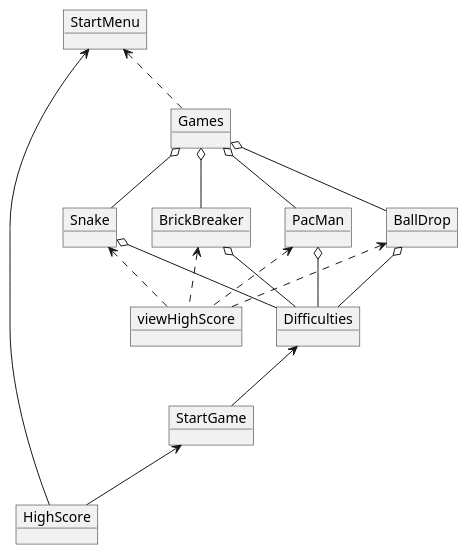
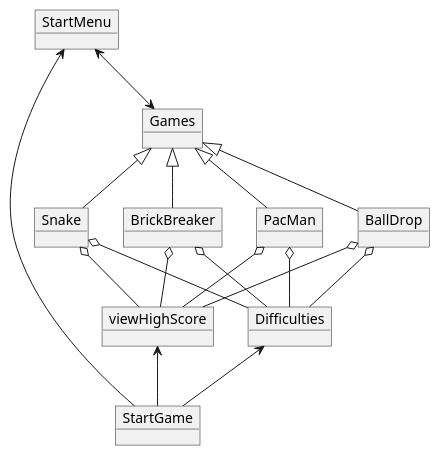
The diagram in doc/Plan/domainmodel.puml (RikkeMariussen/ICE-opgave), drawn with PlantUML before and after one commit.

Commit message:
Rettet pilenes udseende og hvor de peger hen

```diff
--- a/doc/Plan/domainmodel.puml
+++ b/doc/Plan/domainmodel.puml
@@ -1,38 +1,36 @@
 @startuml
 object StartMenu
 object Games
 object Snake
 object BrickBreaker
 object PacMan
 object BallDrop
 object Difficulties
 object StartGame
-object HighScore
 object viewHighScore
 
-StartMenu <.. Games
+StartMenu <--> Games
 
-Games o-- Snake
-Games o-- BrickBreaker
-Games o-- PacMan
-Games o-- BallDrop
+Games <|-- Snake
+Games <|-- BrickBreaker
+Games <|-- PacMan
+Games <|-- BallDrop
 
 BallDrop o-- Difficulties
 Snake o-- Difficulties
 BrickBreaker o-- Difficulties
 PacMan o-- Difficulties
 
-BallDrop <.. viewHighScore
-Snake <.. viewHighScore
-BrickBreaker <.. viewHighScore
-PacMan <.. viewHighScore
+BallDrop o-- viewHighScore
+Snake o-- viewHighScore
+BrickBreaker o-- viewHighScore
+PacMan o-- viewHighScore
 
 Difficulties <-- StartGame
+viewHighScore <-- StartGame
 
-StartGame <-- HighScore
-
-StartMenu <-- HighScore
+StartMenu <-- StartGame
 
 
 
 @enduml
```
